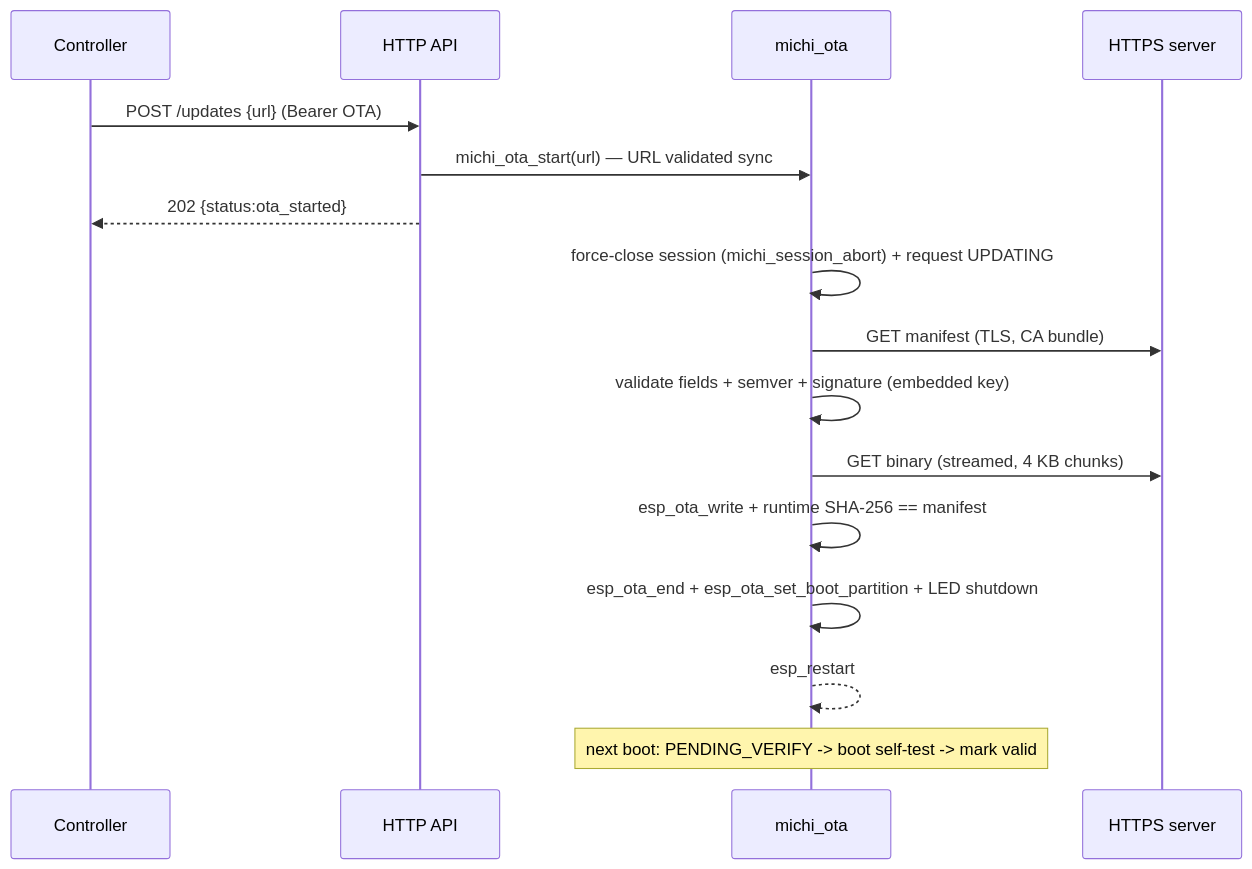
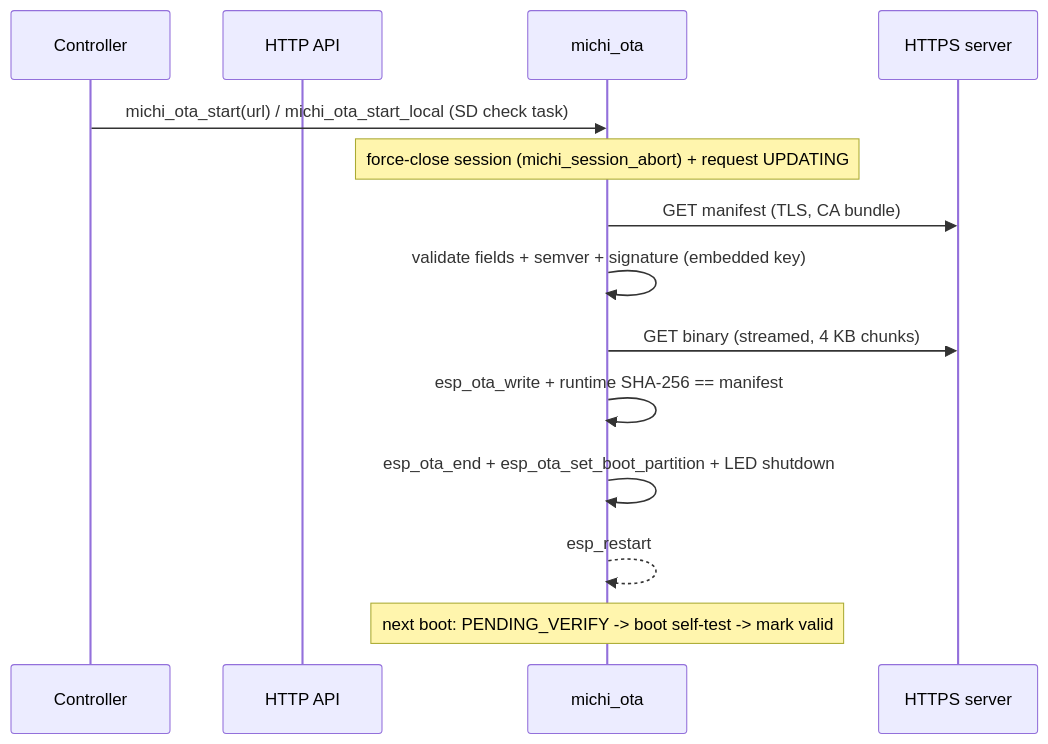
Before and after one commit to pitydah/michi-music-stream: the eighth of 9 diagrams in firmware/README.md, drawn with Mermaid. The commit also changed other lines of this file and 50 other files, not shown here.

````diff
--- a/firmware/README.md
+++ b/firmware/README.md
@@ -1668,18 +1680,16 @@
 ```mermaid
 sequenceDiagram
     participant C as Controller
     participant API as HTTP API
     participant O as michi_ota
     participant H as HTTPS server
-    C->>API: POST /updates {url} (Bearer OTA)
-    API->>O: michi_ota_start(url) — URL validated sync
-    API-->>C: 202 {status:ota_started}
-    O->>O: force-close session (michi_session_abort) + request UPDATING
+    C->>O: michi_ota_start(url) / michi_ota_start_local (SD check task)
+    Note over O: force-close session (michi_session_abort) + request UPDATING
     O->>H: GET manifest (TLS, CA bundle)
     O->>O: validate fields + semver + signature (embedded key)
     O->>H: GET binary (streamed, 4 KB chunks)
     O->>O: esp_ota_write + runtime SHA-256 == manifest
     O->>O: esp_ota_end + esp_ota_set_boot_partition + LED shutdown
     O-->>O: esp_restart
     Note over O: next boot: PENDING_VERIFY -> boot self-test -> mark valid
 ```
````
